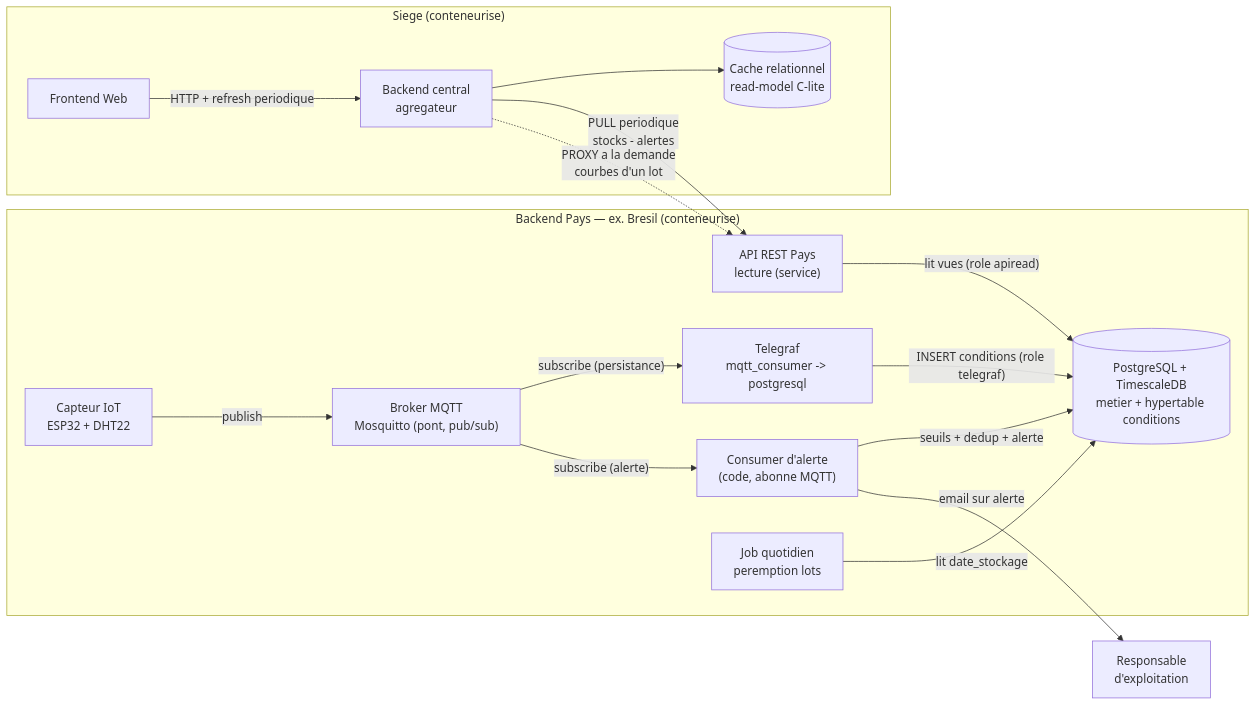
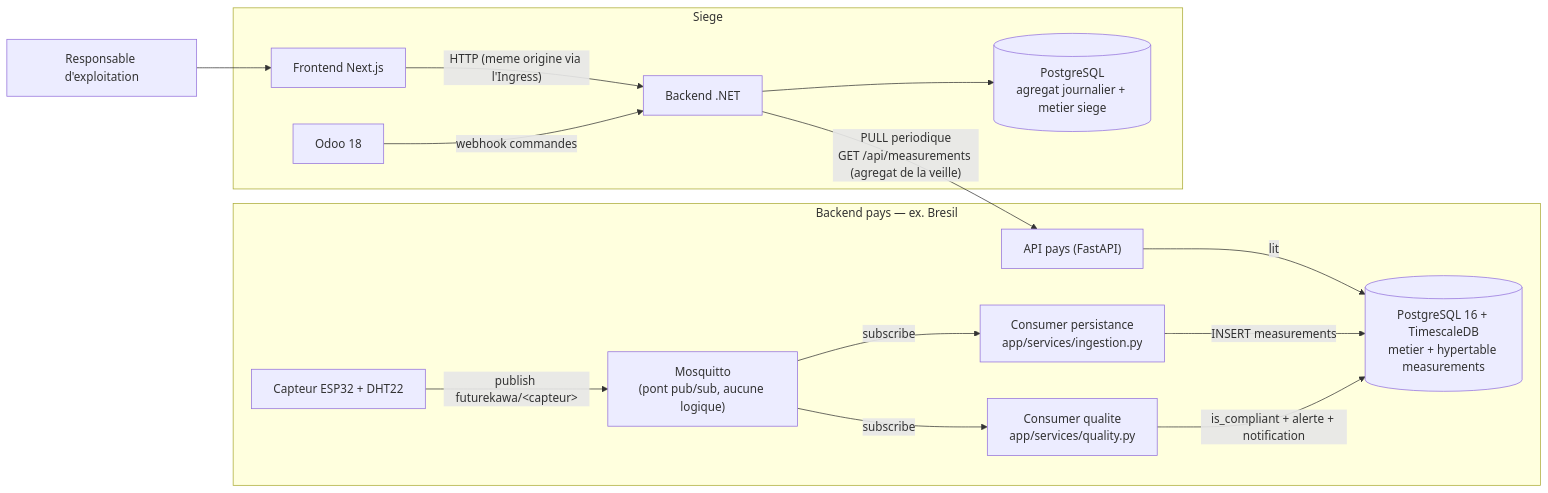
Before and after one commit to FutureKawa-Nte-G2/FutureKawa: the first of 8 diagrams in database/docs/architecture.md, drawn with Mermaid. The commit also changed other lines of this file and 1 other file, not shown here.

First line of the commit message:
docs(db): réécrit l'architecture et le périmètre données

````diff
--- a/database/docs/architecture.md
+++ b/database/docs/architecture.md
@@ -31,33 +23,31 @@
 ```mermaid
 flowchart LR
-    subgraph PAYS["Backend Pays — ex. Bresil (conteneurise)"]
-        IOT["Capteur IoT<br/>ESP32 + DHT22"]
-        MQTT["Broker MQTT<br/>Mosquitto (pont, pub/sub)"]
-        BRIDGE["Telegraf<br/>mqtt_consumer -> postgresql"]
-        ALERTER["Consumer d'alerte<br/>(code, abonne MQTT)"]
-        DB[("PostgreSQL + TimescaleDB<br/>metier + hypertable conditions")]
-        API_P["API REST Pays<br/>lecture (service)"]
-        CRON["Job quotidien<br/>peremption lots"]
-        IOT -->|"publish"| MQTT
-        MQTT -->|"subscribe (persistance)"| BRIDGE
-        MQTT -->|"subscribe (alerte)"| ALERTER
-        BRIDGE -->|"INSERT conditions (role telegraf)"| DB
-        ALERTER -->|"seuils + dedup + alerte"| DB
-        CRON -->|"lit date_stockage"| DB
-        API_P -->|"lit vues (role apiread)"| DB
+    subgraph PAYS["Backend pays — ex. Bresil"]
+        IOT["Capteur ESP32 + DHT22"]
+        MQTT["Mosquitto<br/>(pont pub/sub, aucune logique)"]
+        ING["Consumer persistance<br/>app/services/ingestion.py"]
+        QUA["Consumer qualite<br/>app/services/quality.py"]
+        DB[("PostgreSQL 16 + TimescaleDB<br/>metier + hypertable measurements")]
+        API_P["API pays (FastAPI)"]
+        IOT -->|"publish futurekawa/&lt;capteur&gt;"| MQTT
+        MQTT -->|"subscribe"| ING
+        MQTT -->|"subscribe"| QUA
+        ING -->|"INSERT measurements"| DB
+        QUA -->|"is_compliant + alerte + notification"| DB
+        API_P -->|"lit"| DB
     end
 
-    subgraph SIEGE["Siege (conteneurise)"]
-        AGG["Backend central<br/>agregateur"]
-        CACHE[("Cache relationnel<br/>read-model C-lite")]
-        FRONT["Frontend Web"]
-        AGG --> CACHE
-        FRONT -->|"HTTP + refresh periodique"| AGG
+    subgraph SIEGE["Siege"]
+        AGG["Backend .NET"]
+        SDB[("PostgreSQL<br/>agregat journalier + metier siege")]
+        FRONT["Frontend Next.js"]
+        ODOO["Odoo 18"]
+        AGG --> SDB
+        FRONT -->|"HTTP (meme origine via l'Ingress)"| AGG
+        ODOO -->|"webhook commandes"| AGG
     end
 
-    R["Responsable<br/>d'exploitation"]
+    AGG -->|"PULL periodique<br/>GET /api/measurements (agregat de la veille)"| API_P
 
-    AGG -->|"PULL periodique<br/>stocks - alertes"| API_P
-    AGG -.->|"PROXY a la demande<br/>courbes d'un lot"| API_P
-    ALERTER -->|"email sur alerte"| R
+    R["Responsable d'exploitation"] --> FRONT
 ```
````
